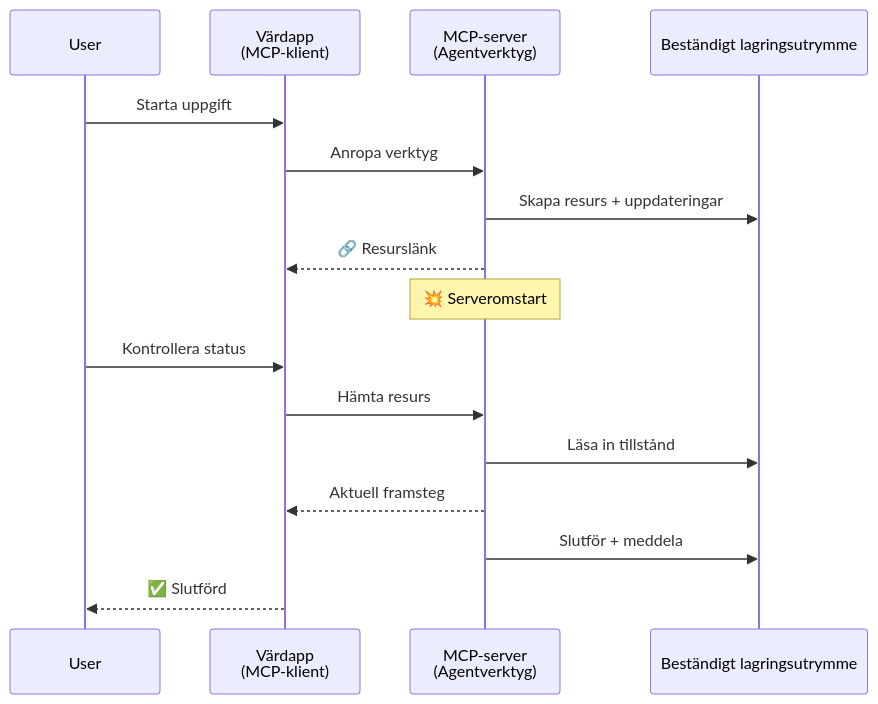
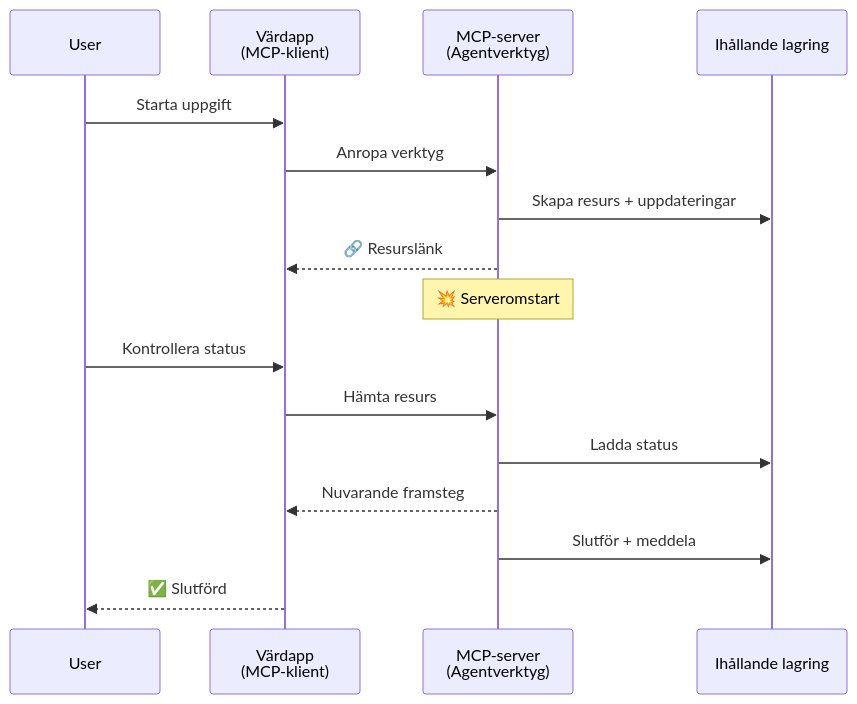
Before and after one commit to gabrielmoreira/agent-skills-mirror: the third of 5 diagrams in mirrors/repos/microsoft@ai-agents-for-beginners/translations/sv/11-agentic-protocols/code_samples/mcp-agents/README.md, drawn with Mermaid. The commit also changed other lines of this file and 4262 other files, not shown here.

````diff
--- a/mirrors/repos/microsoft@ai-agents-for-beginners/translations/sv/11-agentic-protocols/code_samples/mcp-agents/README.md
+++ b/mirrors/repos/microsoft@ai-agents-for-beginners/translations/sv/11-agentic-protocols/code_samples/mcp-agents/README.md
@@ -123,21 +123,21 @@
 ```mermaid
 sequenceDiagram
     participant User
     participant Host as Värdapp<br/>(MCP-klient)
     participant Server as MCP-server<br/>(Agentverktyg)
-    participant DB as Beständigt lagringsutrymme
+    participant DB as Ihållande lagring
 
     User->>Host: Starta uppgift
     Host->>Server: Anropa verktyg
     Server->>DB: Skapa resurs + uppdateringar
     Server-->>Host: 🔗 Resurslänk
 
     Note over Server: 💥 Serveromstart
 
     User->>Host: Kontrollera status
     Host->>Server: Hämta resurs
-    Server->>DB: Läsa in tillstånd
-    Server-->>Host: Aktuell framsteg
+    Server->>DB: Ladda status
+    Server-->>Host: Nuvarande framsteg
     Server->>DB: Slutför + meddela
     Host-->>User: ✅ Slutförd
 ```
````
